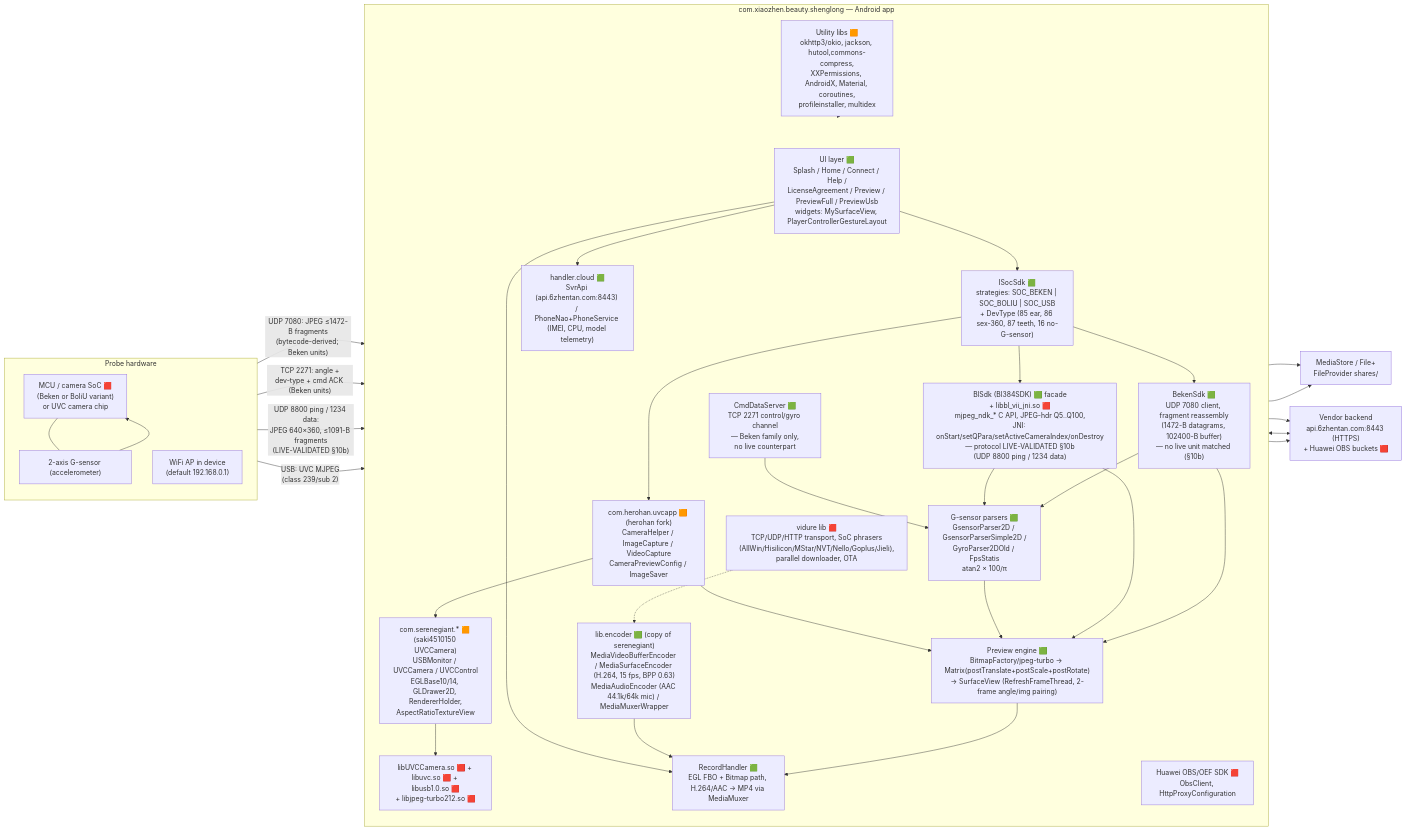
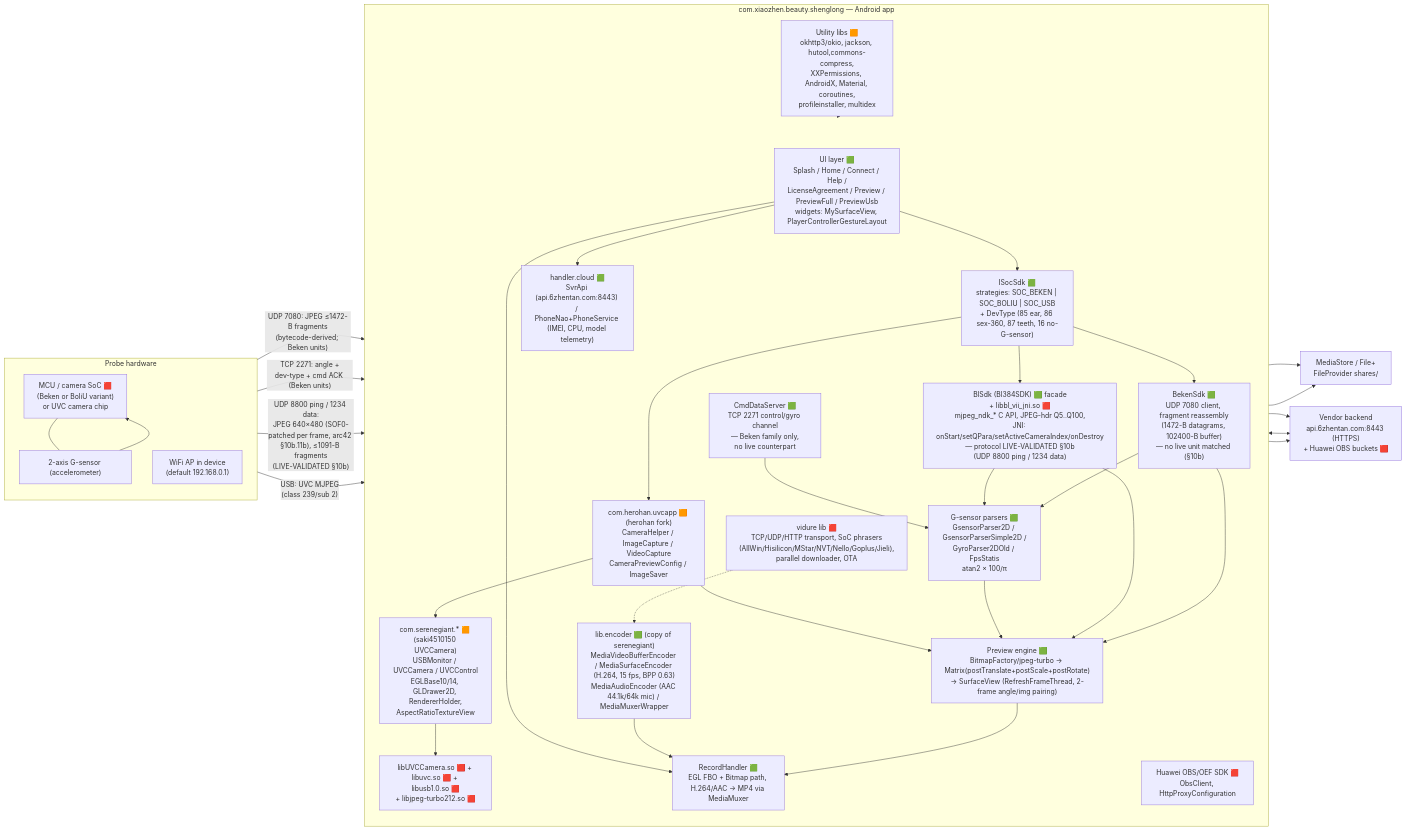
Before and after one commit to hoedur/SL_ylz_reveng: the first of 5 diagrams in analysis/02-component-map.md, drawn with Mermaid. The commit also changed other lines of this file and 39 other files, not shown here.

````diff
--- a/analysis/02-component-map.md
+++ b/analysis/02-component-map.md
@@ -9,57 +9,57 @@
 ```mermaid
 flowchart LR
     subgraph HW["Probe hardware"]
         direction TB
         MCU["MCU / camera SoC 🟥\n(Beken or BoliU variant)\nor UVC camera chip"]
         GS["2-axis G-sensor (accelerometer)"]
         AP["WiFi AP in device\n(default 192.168.0.1)"]
         MCU --- GS
     end
 
     subgraph APP["com.xiaozhen.beauty.shenglong — Android app"]
         direction TB
         UI["UI layer 🟩\nSplash / Home / Connect / Help /\nLicenseAgreement / Preview / PreviewFull / PreviewUsb\nwidgets: MySurfaceView, PlayerControllerGestureLayout"]
         SOCFAC["ISocSdk 🟩\nstrategies: SOC_BEKEN | SOC_BOLIU | SOC_USB\n+ DevType (85 ear, 86 sex-360, 87 teeth, 16 no-G-sensor)"]
         BEKEN["BekenSdk 🟩\nUDP 7080 client, fragment reassembly\n(1472-B datagrams, 102400-B buffer)\n— no live unit matched (§10b)"]
         BLS["BlSdk (Bl384SDK) 🟩 facade\n+ libbl_vii_jni.so 🟥\nmjpeg_ndk_* C API, JPEG-hdr Q5..Q100,\nJNI: onStart/setQPara/setActiveCameraIndex/onDestroy\n— protocol LIVE-VALIDATED §10b\n(UDP 8800 ping / 1234 data)"]
         CMD["CmdDataServer 🟩\nTCP 2271 control/gyro channel\n— Beken family only,\nno live counterpart"]
         GYRO["G-sensor parsers 🟩\nGsensorParser2D / GsensorParserSimple2D /\nGyroParser2DOld / FpsStatis\natan2 × 100/π"]
         PREV["Preview engine 🟩\nBitmapFactory/jpeg-turbo → Matrix(postTranslate+postScale+postRotate)\n→ SurfaceView (RefreshFrameThread, 2-frame angle/img pairing)"]
         ENCLIB["lib.encoder 🟩 (copy of serenegiant)\nMediaVideoBufferEncoder / MediaSurfaceEncoder (H.264, 15 fps, BPP 0.63)\nMediaAudioEncoder (AAC 44.1k/64k mic) / MediaMuxerWrapper"]
         REC["RecordHandler 🟩\nEGL FBO + Bitmap path, H.264/AAC → MP4 via MediaMuxer"]
         UVC["com.serenegiant.* 🟧 (saki4510150 UVCCamera)\nUSBMonitor / UVCCamera / UVCControl\nEGLBase10/14, GLDrawer2D, RendererHolder,\nAspectRatioTextureView"]
         UVCAPP["com.herohan.uvcapp 🟧 (herohan fork)\nCameraHelper / ImageCapture / VideoCapture\nCameraPreviewConfig / ImageSaver"]
         USBNATIVE["libUVCCamera.so 🟥 + libuvc.so 🟥 + libusb1.0.so 🟥\n+ libjpeg-turbo212.so 🟥"]
         CLOUD["handler.cloud 🟩\nSvrApi (api.6zhentan.com:8443) / PhoneNao+PhoneService (IMEI, CPU, model telemetry)"]
         OBS["Huawei OBS/OEF SDK 🟥\nObsClient, HttpProxyConfiguration"]
         VIDURE["vidure lib 🟥\nTCP/UDP/HTTP transport, SoC phrasers\n(AllWin/Hisilicon/MStar/NVT/Nello/Goplus/Jieli),\nparallel downloader, OTA"]
         MISC["Utility libs 🟧\nokhttp3/okio, jackson, hutool,commons-compress,\nXXPermissions, AndroidX, Material, coroutines,\nprofileinstaller, multidex"]
     end
 
     BACKEND["Vendor backend\napi.6zhentan.com:8443 (HTTPS)\n+ Huawei OBS buckets 🟥"]
 
     MCU -- "UDP 7080: JPEG ≤1472-B fragments\n(bytecode-derived; Beken units)" --> BEKEN
     MCU -- "TCP 2271: angle +\ndev-type + cmd ACK (Beken units)" --> CMD
-    MCU -- "UDP 8800 ping / 1234 data:\nJPEG 640×360, ≤1091-B fragments\n(LIVE-VALIDATED §10b)" --> BLS
+    MCU -- "UDP 8800 ping / 1234 data:\nJPEG 640×480 (SOF0-patched per frame, arc42 §10b.11b), ≤1091-B fragments\n(LIVE-VALIDATED §10b)" --> BLS
     MCU -- "USB: UVC MJPEG\n(class 239/sub 2)" --> USBNATIVE
     GS --> MCU
 
     SOCFAC --> BEKEN & BLS & UVCAPP
     BEKEN --> GYRO
     BLS --> GYRO
     CMD --> GYRO
     BEKEN & BLS --> PREV
     GYRO --> PREV
     UVCAPP --> UVC --> USBNATIVE
     UVCAPP --> PREV
     PREV --> REC
     ENCLIB --> REC
     REC --> PH_STOR["MediaStore / File+\nFileProvider shares/"]
     CLOUD --> BACKEND
     OBS <--> BACKEND
     VIDURE --> BACKEND
     VIDURE -.-> ENCLIB
     UVCAPP --> PH_STOR
     UI --> SOCFAC & REC & CLOUD
     MISC -.-> APP
 ```
````
